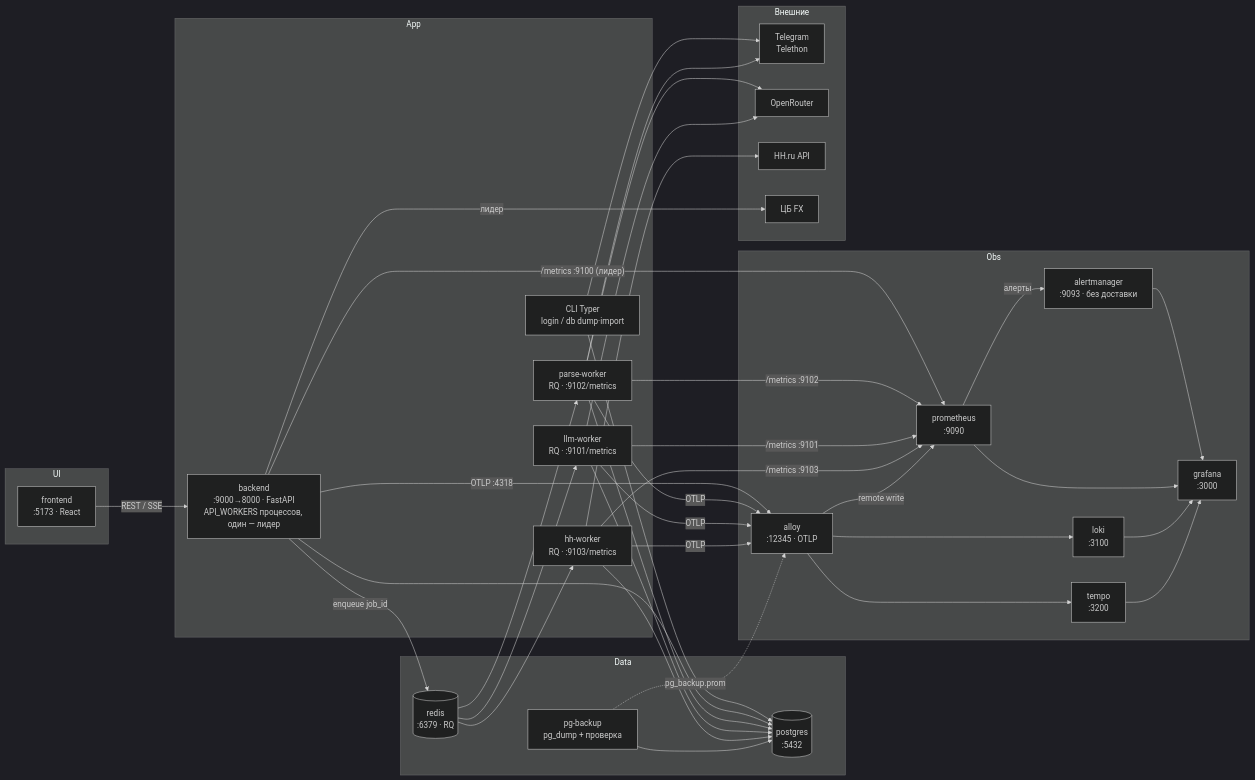
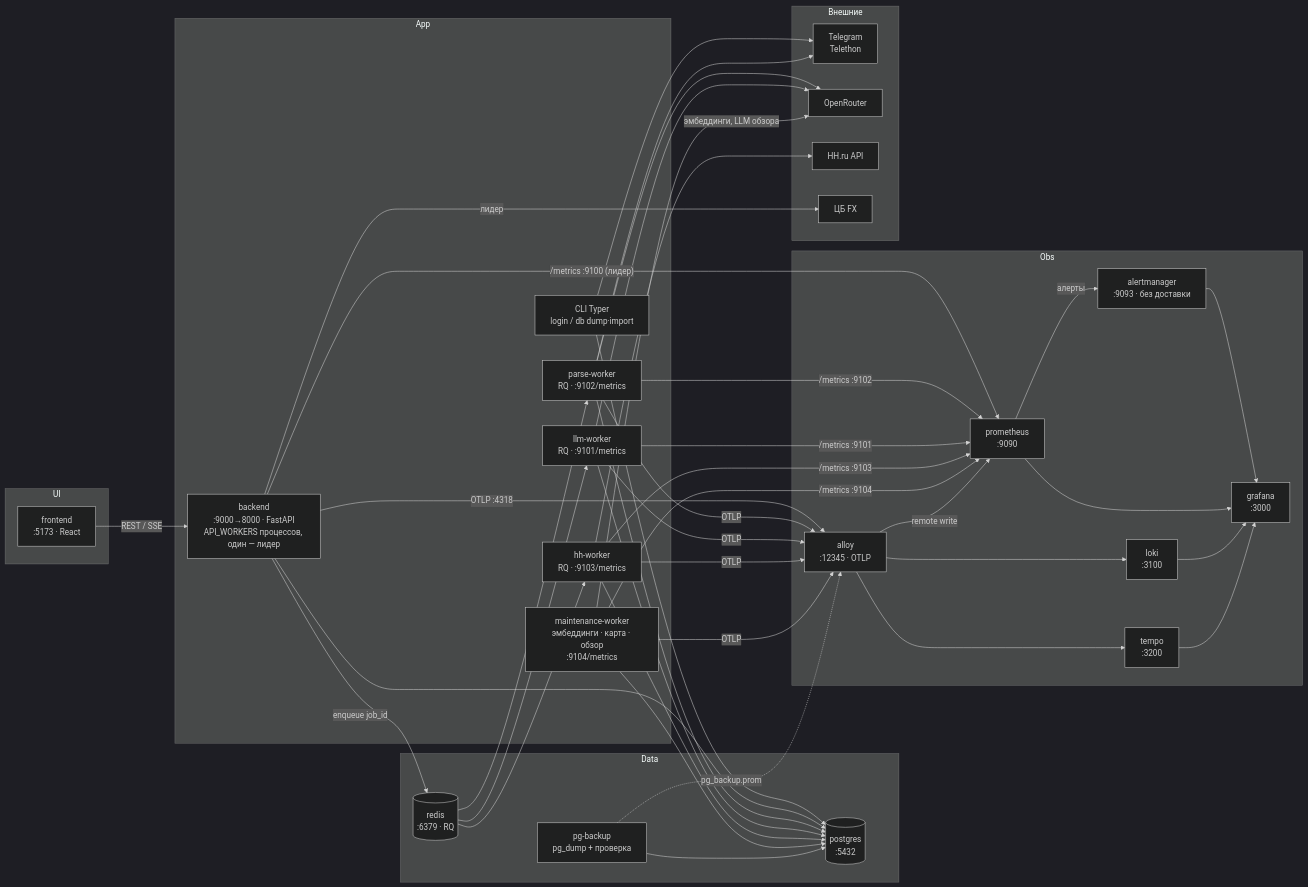
Before and after one commit to Kickgodx/tg-channels-vacancy-parser: the diagram in docs/architecture/architecture-by-services.md, drawn with Mermaid (dark theme). The commit also changed other lines of this file and 34 other files, not shown here.

````diff
--- a/docs/architecture/architecture-by-services.md
+++ b/docs/architecture/architecture-by-services.md
@@ -5,71 +5,76 @@
 ```mermaid
 flowchart LR
   subgraph UI
     FE["frontend<br/>:5173 · React"]
   end
 
   subgraph App
     BE["backend<br/>:9000→8000 · FastAPI<br/>API_WORKERS процессов, один — лидер"]
     PW["parse-worker<br/>RQ · :9102/metrics"]
     W["llm-worker<br/>RQ · :9101/metrics"]
     HW["hh-worker<br/>RQ · :9103/metrics"]
+    MW["maintenance-worker<br/>эмбеддинги · карта · обзор<br/>:9104/metrics"]
     CLI["CLI Typer<br/>login / db dump·import"]
   end
 
   subgraph Data
     PG[("postgres<br/>:5432")]
     RD[("redis<br/>:6379 · RQ")]
     PGB["pg-backup<br/>pg_dump + проверка"]
   end
 
   subgraph Obs
     PROM["prometheus<br/>:9090"]
     ALLOY["alloy<br/>:12345 · OTLP"]
     LOKI["loki<br/>:3100"]
     TEMPO["tempo<br/>:3200"]
     GRAF["grafana<br/>:3000"]
     AM["alertmanager<br/>:9093 · без доставки"]
   end
 
   subgraph Ext["Внешние"]
     TG["Telegram<br/>Telethon"]
     OR["OpenRouter"]
     HH["HH.ru API"]
     CBR["ЦБ FX"]
   end
 
   FE -->|"REST / SSE"| BE
   CLI --> PG
   CLI --> TG
   BE --> PG
   BE -->|enqueue job_id| RD
   RD --> PW
   RD --> W
   RD --> HW
   PW --> PG
   W --> PG
   HW --> PG
+  MW --> PG
   PW --> TG
   PW --> OR
   W --> OR
   HW --> HH
+  MW -->|"эмбеддинги, LLM обзора"| OR
   BE -->|"лидер"| CBR
   BE -->|"/metrics :9100 (лидер)"| PROM
   PW -->|"/metrics :9102"| PROM
   W -->|"/metrics :9101"| PROM
   HW -->|"/metrics :9103"| PROM
+  MW -->|"/metrics :9104"| PROM
   BE -->|"OTLP :4318"| ALLOY
   PW -->|"OTLP"| ALLOY
   W -->|"OTLP"| ALLOY
   HW -->|"OTLP"| ALLOY
+  MW -->|"OTLP"| ALLOY
   ALLOY --> LOKI
   ALLOY --> TEMPO
   PGB --> PG
   PGB -.->|"pg_backup.prom"| ALLOY
   ALLOY -->|"remote write"| PROM
   PROM -->|"алерты"| AM
   AM --> GRAF
   PROM --> GRAF
   LOKI --> GRAF
   TEMPO --> GRAF
 ```
````
